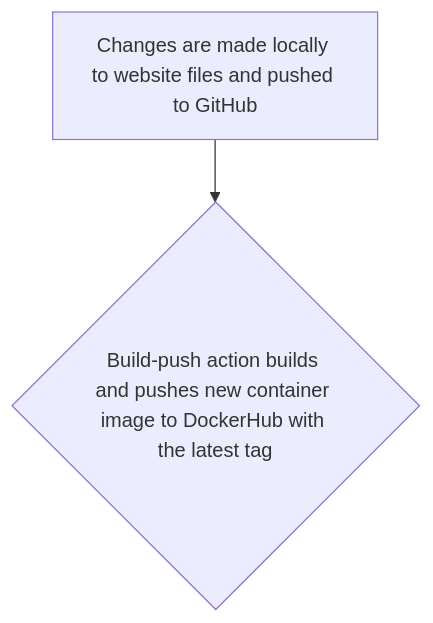
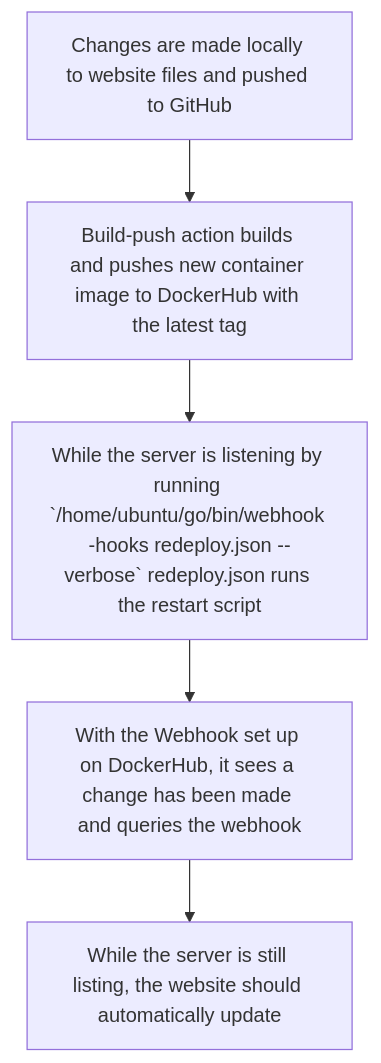
Before and after one commit to WSU-kduncan/cicd-3120-breeskinner: the diagram in README.md, drawn with Mermaid.

Commit message:
almost done

````diff
--- a/README.md
+++ b/README.md
@@ -51,4 +51,7 @@
 ```mermaid
 graph TD;
-    A[Changes are made locally to website files and pushed to GitHub]-->B{Build-push action builds and pushes new container image to DockerHub with the latest tag};
+    A[Changes are made locally to website files and pushed to GitHub]-->B[Build-push action builds and pushes new container image to DockerHub with the latest tag];
+    B-->C[While the server is listening by running `/home/ubuntu/go/bin/webhook -hooks redeploy.json --verbose` redeploy.json runs the restart script];
+    C-->D[With the Webhook set up on DockerHub, it sees a change has been made and queries the webhook];
+    D-->E[While the server is still listing, the website should automatically update];
 ```
````
